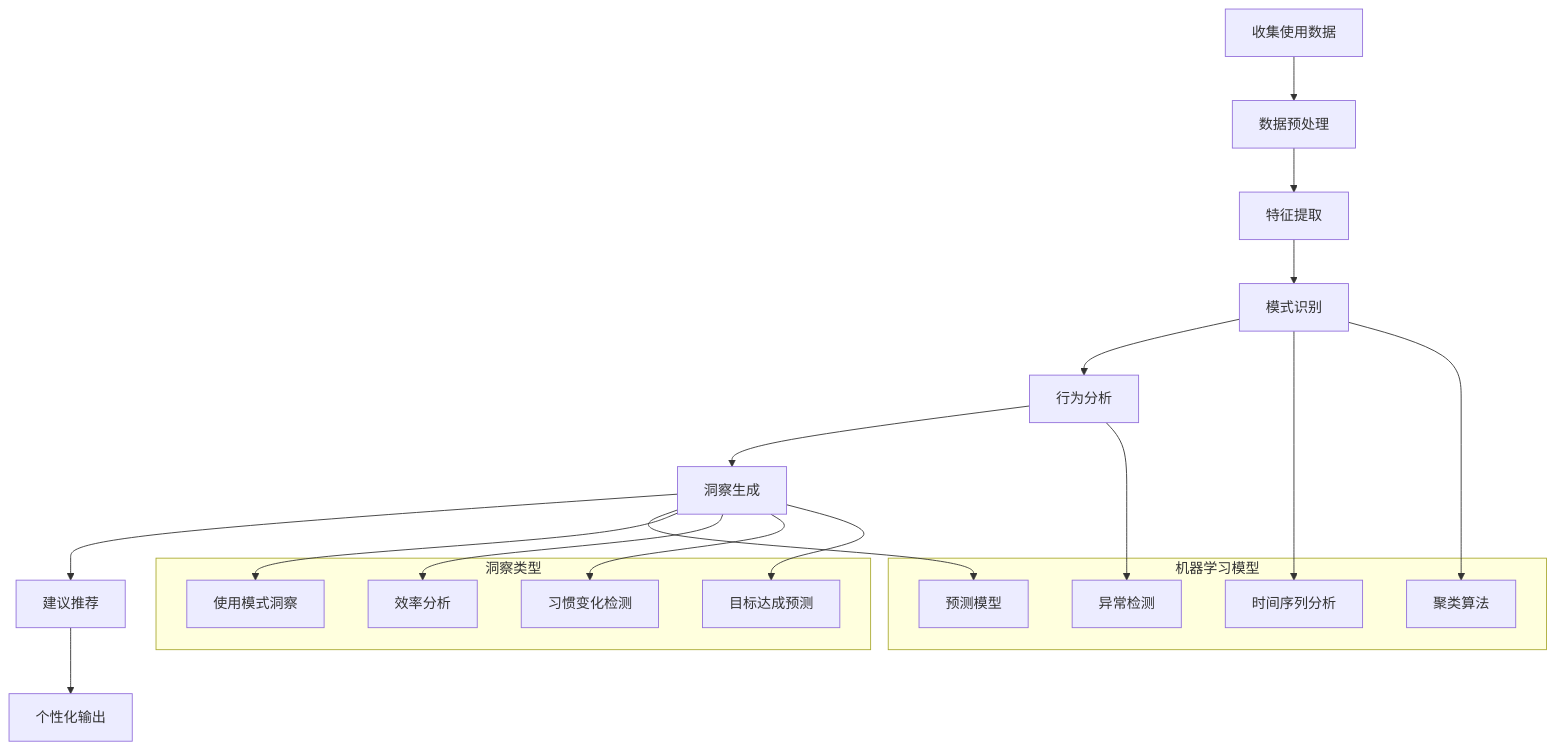
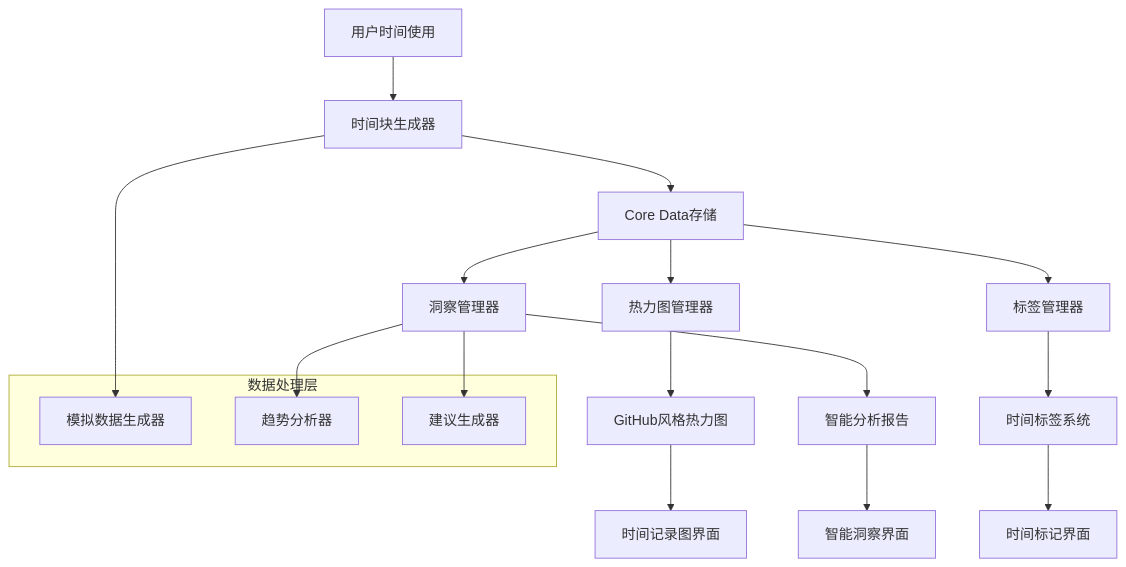
One commit to coppynight/attentionkiro changed the second of 2 diagrams in .kiro/specs/focus-tracker-app/design.md. Above: the diagram before and after it, drawn with Mermaid. The commit also changed other lines of this file and 154 other files, not shown here.

````diff
--- a/.kiro/specs/focus-tracker-app/design.md
+++ b/.kiro/specs/focus-tracker-app/design.md
@@ -558,34 +700,26 @@
 ```mermaid
 flowchart TD
-    A[收集使用数据] --> B[数据预处理]
-    B --> C[特征提取]
-    C --> D[模式识别]
-    D --> E[行为分析]
-    E --> F[洞察生成]
-    F --> G[建议推荐]
-    G --> H[个性化输出]
+    A[用户时间使用] --> B[时间块生成器]
+    B --> C[Core Data存储]
+    C --> D[热力图管理器]
+    C --> E[洞察管理器]
+    C --> F[标签管理器]
     
-    subgraph "机器学习模型"
-        I[时间序列分析]
-        J[聚类算法]
-        K[异常检测]
-        L[预测模型]
+    D --> G[GitHub风格热力图]
+    E --> H[智能分析报告]
+    F --> I[时间标签系统]
+    
+    G --> J[时间记录图界面]
+    H --> K[智能洞察界面]
+    I --> L[时间标记界面]
+    
+    subgraph "数据处理层"
+        M[模拟数据生成器]
+        N[趋势分析器]
+        O[建议生成器]
     end
     
-    D --> I
-    D --> J
-    E --> K
-    F --> L
-    
-    subgraph "洞察类型"
-        M[使用模式洞察]
-        N[效率分析]
-        O[习惯变化检测]
-        P[目标达成预测]
-    end
-    
-    F --> M
-    F --> N
-    F --> O
-    F --> P
+    B --> M
+    E --> N
+    E --> O
 ```
````
